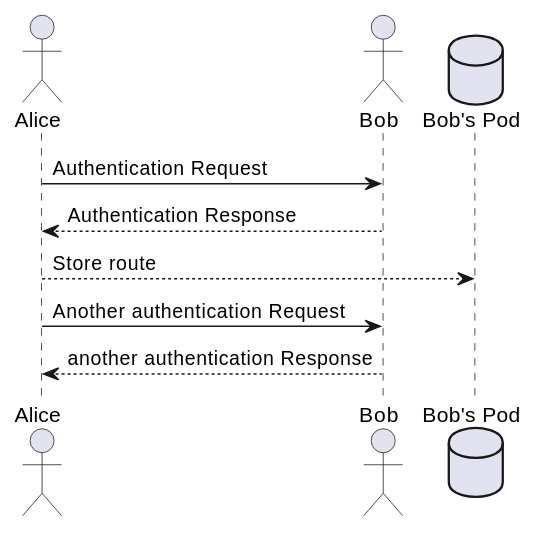
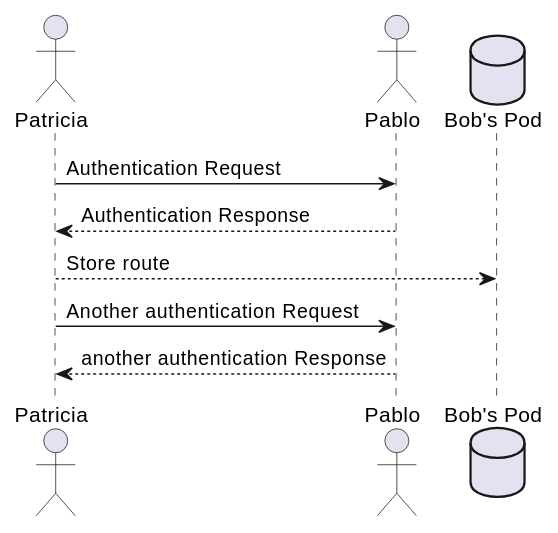
Before and after one commit to Arquisoft/lomap_en2a: the diagram in docs/06_runtime_view.adoc, drawn with PlantUML. The commit also changed 1 other file, not shown here.

Commit message:
Some changes from Labra

```diff
--- a/docs/06_runtime_view.adoc
+++ b/docs/06_runtime_view.adoc
@@ -42,11 +42,11 @@
 [plantuml,"Sequence diagram",png]
 ----
-actor Alice
-actor Bob
+actor Patricia
+actor Pablo
 database Pod as "Bob's Pod"
-Alice -> Bob: Authentication Request
-Bob --> Alice: Authentication Response
-Alice  --> Pod: Store route
-Alice -> Bob: Another authentication Request
-Alice <-- Bob: another authentication Response
+Patricia -> Pablo: Authentication Request
+Pablo --> Patricia: Authentication Response
+Patricia  --> Pod: Store route
+Patricia -> Pablo: Another authentication Request
+Patricia <-- Pablo: another authentication Response
 ----
```
